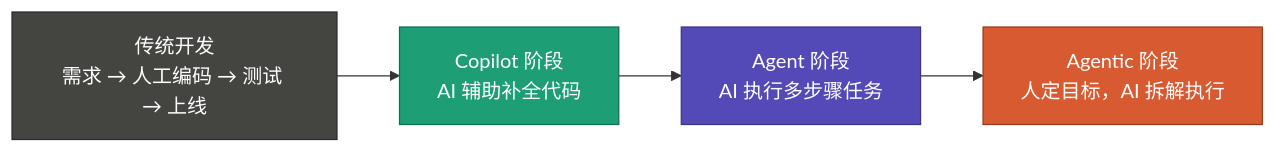
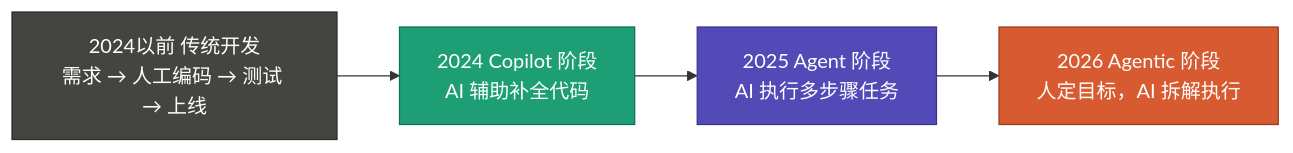
Before and after one commit to microwind/ai-skills: the first of 11 diagrams in docs/carrer/ai-era-programmer-transformation-roadmap.md, drawn with Mermaid. The commit also changed other lines of this file, not shown here.

````diff
--- a/docs/carrer/ai-era-programmer-transformation-roadmap.md
+++ b/docs/carrer/ai-era-programmer-transformation-roadmap.md
@@ -11,12 +11,12 @@
 ```mermaid
 flowchart LR
-    A["传统开发<br/>需求 → 人工编码 → 测试 → 上线"]
-    --> B["Copilot 阶段<br/>AI 辅助补全代码"]
-    --> C["Agent 阶段<br/>AI 执行多步骤任务"]
-    --> D["Agentic 阶段<br/>人定目标，AI 拆解执行"]
+    A["2024以前 传统开发<br/>需求 → 人工编码 → 测试 → 上线"]
+    --> B["2024 Copilot 阶段<br/>AI 辅助补全代码"]
+    --> C["2025 Agent 阶段<br/>AI 执行多步骤任务"]
+    --> D["2026 Agentic 阶段<br/>人定目标，AI 拆解执行"]
 
     style A fill:#444441,stroke:#2C2C2A,color:#ffffff
     style B fill:#1D9E75,stroke:#0F6E56,color:#ffffff
     style C fill:#534AB7,stroke:#3C3489,color:#ffffff
     style D fill:#D85A30,stroke:#993C1D,color:#ffffff
 ```
````
